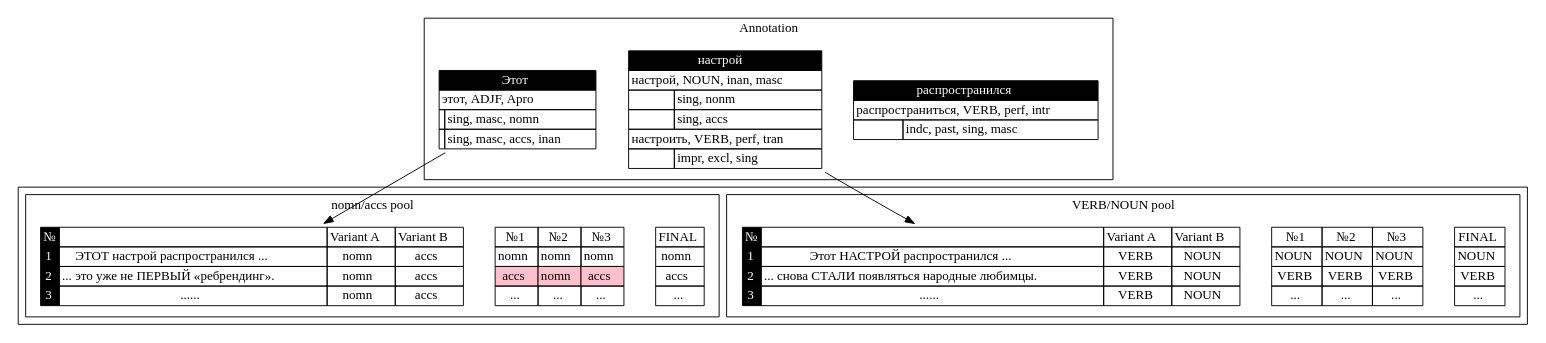
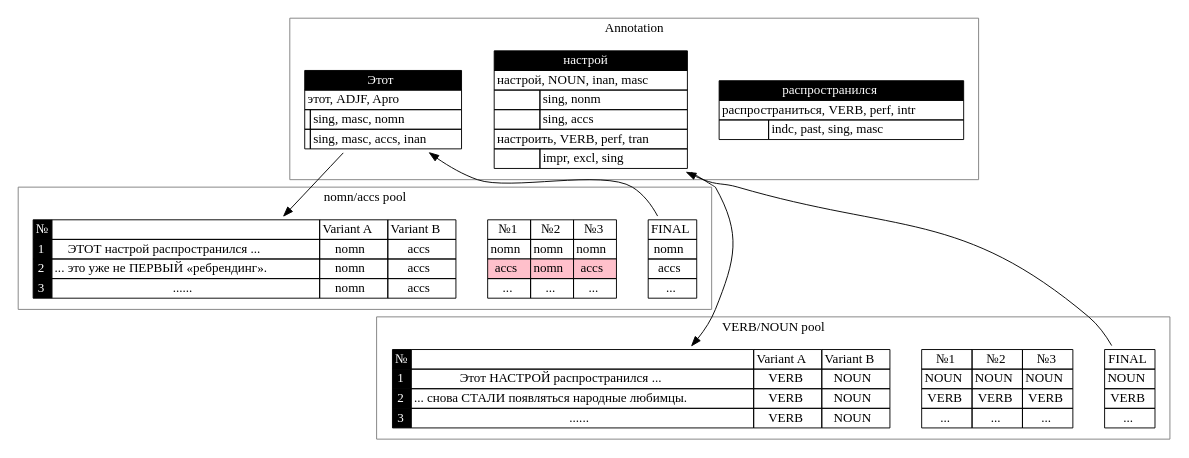
The diagram in doc/presentations/img/annotation-lifecycle.dot (OpenCorpora/opencorpora), drawn with Graphviz before and after one commit.

Commit message:
nice image

```diff
--- a/doc/presentations/img/annotation-lifecycle.dot
+++ b/doc/presentations/img/annotation-lifecycle.dot
@@ -1,160 +1,168 @@
 digraph G {
 
 subgraph cluster_1 {
   label = "Annotation";
 
   subgraph C1 {
   rank = same;
   //rankdir="LR";
   edge [style="invis"];
  
   W1 [shape=none, label=<
   <table border="0" cellborder="1" cellspacing="0">
     <tr><td colspan="2" bgcolor="black"><font color="white">Этот</font></td></tr>
     <tr><td colspan="2" align="left">этот, ADJF, Apro</td></tr>
     <tr><td></td><td align="left">sing, masc, nomn</td></tr>
     <tr><td></td><td align="left">sing, masc, accs, inan</td></tr>
   </table>>];
 
   W2 [shape=none, label=<
   <table border="0" cellborder="1" cellspacing="0">
     <tr><td colspan="2" bgcolor="black"><font color="white">настрой</font></td></tr>
     <tr><td colspan="2" align="left">настрой, NOUN, inan, masc</td></tr>
     <tr><td></td><td align="left">sing, nonm</td></tr>
     <tr><td></td><td align="left">sing, accs</td></tr>
     <tr><td colspan="2" align="left">настроить, VERB, perf, tran</td></tr>
     <tr><td></td><td align="left">impr, excl, sing</td></tr>
   </table>>];
 
   W3 [shape=none, label=<
   <table border="0" cellborder="1" cellspacing="0">
     <tr><td colspan="2" bgcolor="black"><font color="white">распространился</font></td></tr>
     <tr><td colspan="2" align="left">распространиться, VERB, perf, intr</td></tr>
     <tr><td></td><td align="left">indc, past, sing, masc</td></tr>
   </table>>];
 
   W1 -> W2 -> W3;
   }
+
+  color = gray;
 }
 
-subgraph cluster_4 {
-rankdir="TB";
+//subgraph cluster_4 {
+//rankdir="TB";
 
 subgraph cluster_2 {
  label = "nomn/accs pool";
 
  subgraph C2 {
  rank=same;
  edge [style="invis"];
 
  T1 [shape=none, label=<
   <table border="0" cellborder="1" cellspacing="0">
     <tr><td bgcolor="black"><font color="white">№</font></td>
     <td></td>
     <td>Variant A</td><td>Variant B</td></tr>
     <tr><td bgcolor="black"><font color="white">1</font></td>
     <td>ЭТОТ настрой распространился ...</td>
     <td>nomn</td><td>accs</td></tr>
     <tr><td bgcolor="black"><font color="white">2</font></td>
     <td>... это уже не ПЕРВЫЙ «ребрендинг».</td>
     <td>nomn</td><td>accs</td></tr>
     <tr><td bgcolor="black"><font color="white">3</font></td>
     <td>......</td>
     <td>nomn</td><td>accs</td></tr>
   </table>>];  
  
   M1 [shape=none, label=<
   <table border="0" cellborder="1" cellspacing="0">
     <tr>
     <td>№1</td><td>№2</td><td>№3</td></tr>
     <tr><td>nomn</td><td>nomn</td><td>nomn</td></tr>
     <tr><td bgcolor="pink">accs</td><td bgcolor="pink">nomn</td><td bgcolor="pink">accs</td></tr>
     <tr><td>...</td><td>...</td><td>...</td></tr>
   </table>>];  
 
   D1 [shape=none, label=<
   <table border="0" cellborder="1" cellspacing="0">
     <tr><td>FINAL</td></tr>
     <tr><td>nomn</td></tr>
     <tr><td>accs</td></tr>
     <tr><td>...</td></tr>
   </table>>]; 
 
   T1 -> M1 -> D1; 
   }
+ 
+  color = gray;
 } 
 
 
 subgraph cluster_3 {
 
   label = "VERB/NOUN pool";
 
   subgraph C3 {
   rank=same;
   edge [style="invis"];
 
   T2 [shape=none, label=<
   <table border="0" cellborder="1" cellspacing="0">
     <tr><td bgcolor="black"><font color="white">№</font></td>
     <td></td>
     <td>Variant A</td><td>Variant B</td></tr>
     <tr><td bgcolor="black"><font color="white">1</font></td>
     <td>Этот НАСТРОЙ распространился ...</td>
     <td>VERB</td><td>NOUN</td></tr>
     <tr><td bgcolor="black"><font color="white">2</font></td>
     <td>... снова СТАЛИ появляться народные любимцы.</td>
     <td>VERB</td><td>NOUN</td></tr>
     <tr><td bgcolor="black"><font color="white">3</font></td>
     <td>......</td>
     <td>VERB</td><td>NOUN</td></tr>
   </table>>];  
 
   M2 [shape=none, label=<
   <table border="0" cellborder="1" cellspacing="0">
     <tr>
     <td>№1</td><td>№2</td><td>№3</td></tr>
     <tr><td>NOUN</td><td>NOUN</td><td>NOUN</td></tr>
     <tr><td>VERB</td><td>VERB</td><td>VERB</td></tr>
     <tr><td>...</td><td>...</td><td>...</td></tr>
   </table>>];  
 
   D2 [shape=none, label=<
   <table border="0" cellborder="1" cellspacing="0">
     <tr><td>FINAL</td></tr>
     <tr><td>NOUN</td></tr>
     <tr><td>VERB</td></tr>
     <tr><td>...</td></tr>
   </table>>];  
 
   T2 -> M2 -> D2;
   }
 
+  color = gray;
 }
-}
+//}
 
-W1 -> T1;
+W1 -> T1; // [weight=0.9];
 W2 -> T2;
 
-//D1 -> W1;
-//D2 -> W2;
+D1 -> W1 [weight=0];
+D2 -> W2 [weight=0];
 
-//T1 -> T2;
+subgraph {
+  edge [style="invis"];
+  M1 -> T2;
+}
 
 /*subgraph {
   edge [style="invis"];*/
 /*  T1 -> T2
   T1 -> M1
   T2 -> M2
   M1 -> D1
   M2 -> D2*/
 //}
 
 /*subgraph {*/
 /*  W1 -> T1
   W2 -> T2
 
   D1 -> W1
   D2 -> W2*/
 //}
 
 } 
```
